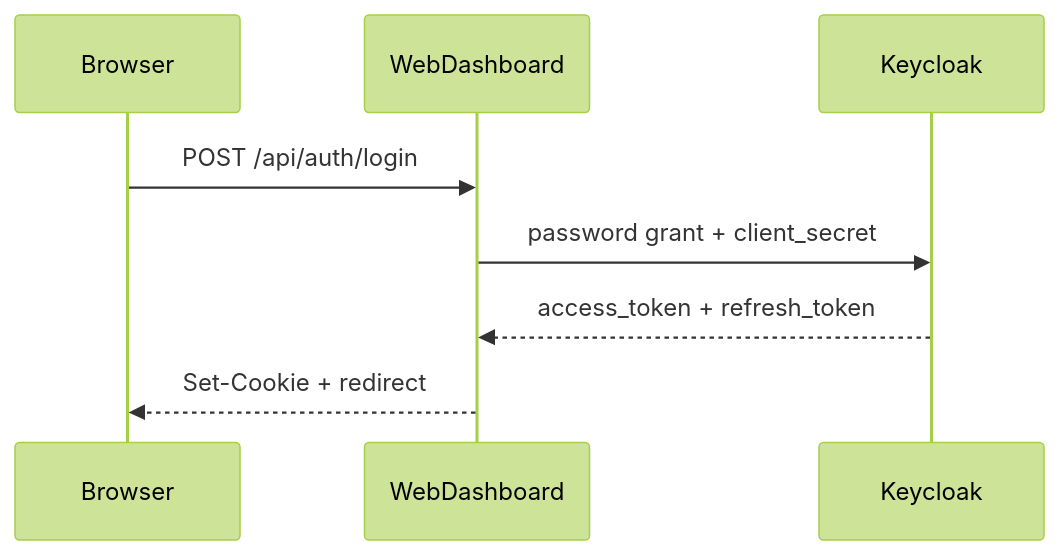
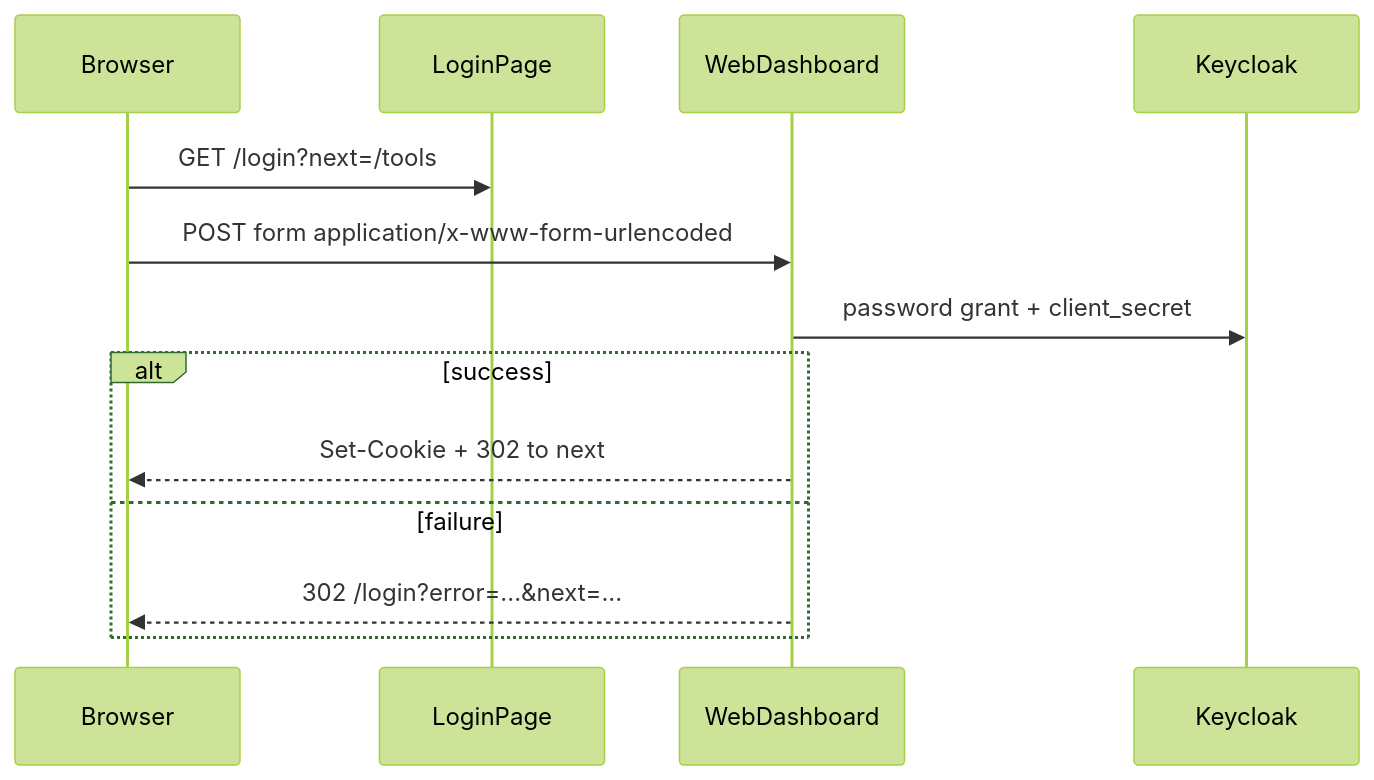
Before and after one commit to Boro-Tech-Dev/agx: the diagram in docs/auth-keycloak.md, drawn with Mermaid (forest theme). The commit also changed other lines of this file and 8 other files, not shown here.

````diff
--- a/docs/auth-keycloak.md
+++ b/docs/auth-keycloak.md
@@ -34,10 +36,15 @@
 ```mermaid
 sequenceDiagram
   participant Browser
+  participant LoginPage
   participant WebDashboard
   participant Keycloak
-  Browser->>WebDashboard: POST /api/auth/login
+  Browser->>LoginPage: GET /login?next=/tools
+  Browser->>WebDashboard: POST form application/x-www-form-urlencoded
   WebDashboard->>Keycloak: password grant + client_secret
-  Keycloak-->>WebDashboard: access_token + refresh_token
-  WebDashboard-->>Browser: Set-Cookie + redirect
+  alt success
+    WebDashboard-->>Browser: Set-Cookie + 302 to next
+  else failure
+    WebDashboard-->>Browser: 302 /login?error=...&next=...
+  end
 ```
````
